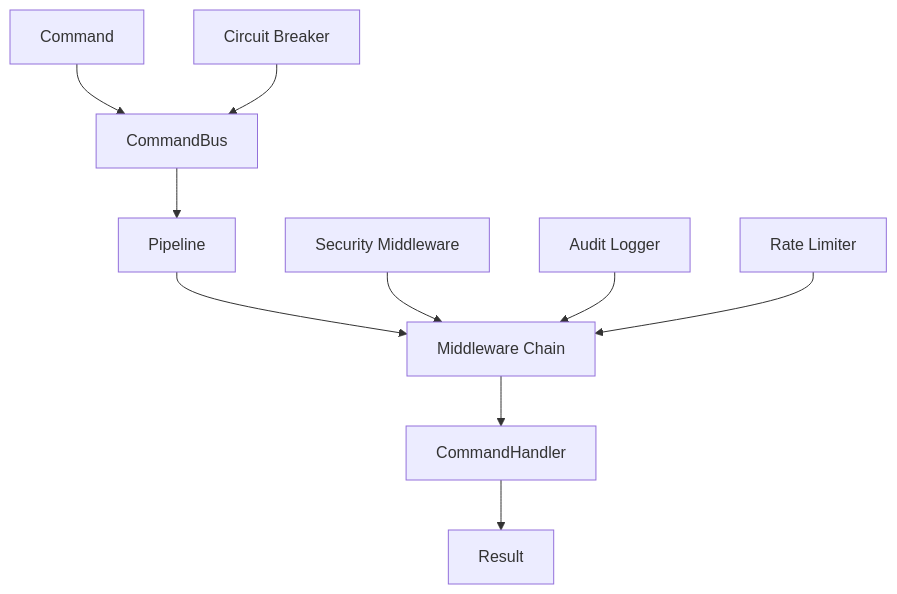
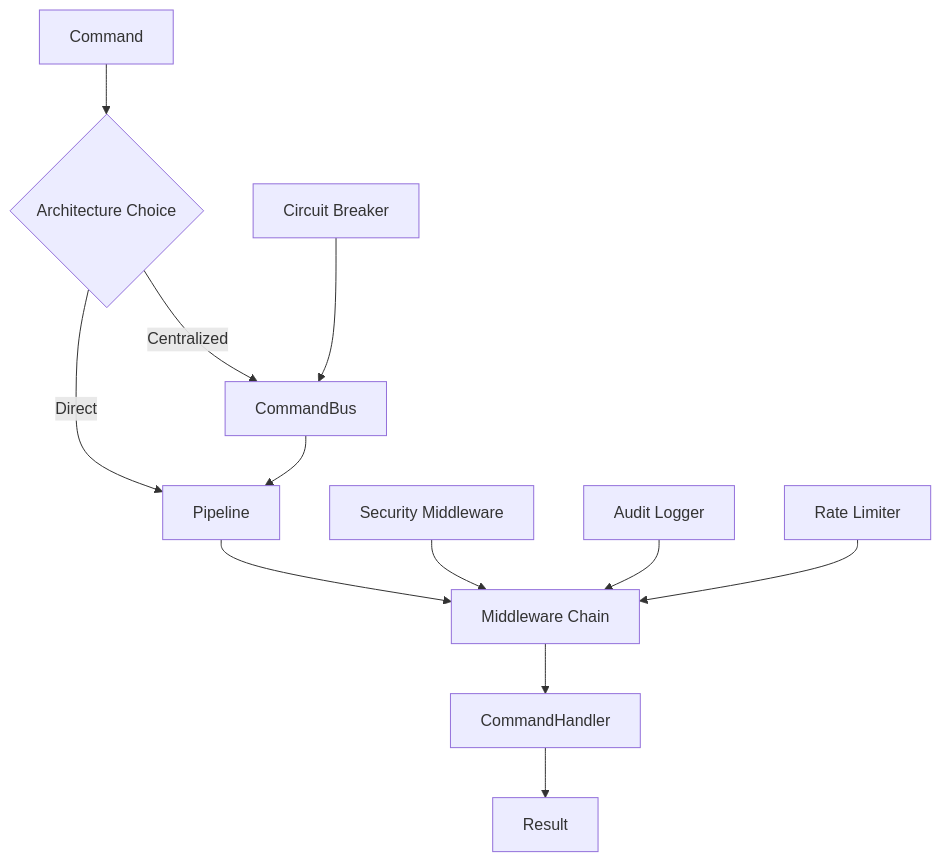
Before and after one commit to gifton/PipelineKit: the diagram in README.md, drawn with Mermaid. The commit also changed other lines of this file, not shown here.

````diff
--- a/README.md
+++ b/README.md
@@ -610,13 +856,15 @@
 ```mermaid
 graph TB
-    A[Command] --> B[CommandBus]
-    B --> C[Pipeline]
-    C --> D[Middleware Chain]
-    D --> E[CommandHandler]
-    E --> F[Result]
+    A[Command] --> B{Architecture Choice}
+    B -->|Direct| C[Pipeline]
+    B -->|Centralized| D[CommandBus]
+    D --> C
+    C --> E[Middleware Chain]
+    E --> F[CommandHandler]
+    F --> G[Result]
     
-    G[Security Middleware] --> D
-    H[Audit Logger] --> D
-    I[Rate Limiter] --> D
-    J[Circuit Breaker] --> B
+    H[Security Middleware] --> E
+    I[Audit Logger] --> E
+    J[Rate Limiter] --> E
+    K[Circuit Breaker] --> D
 ```
````
